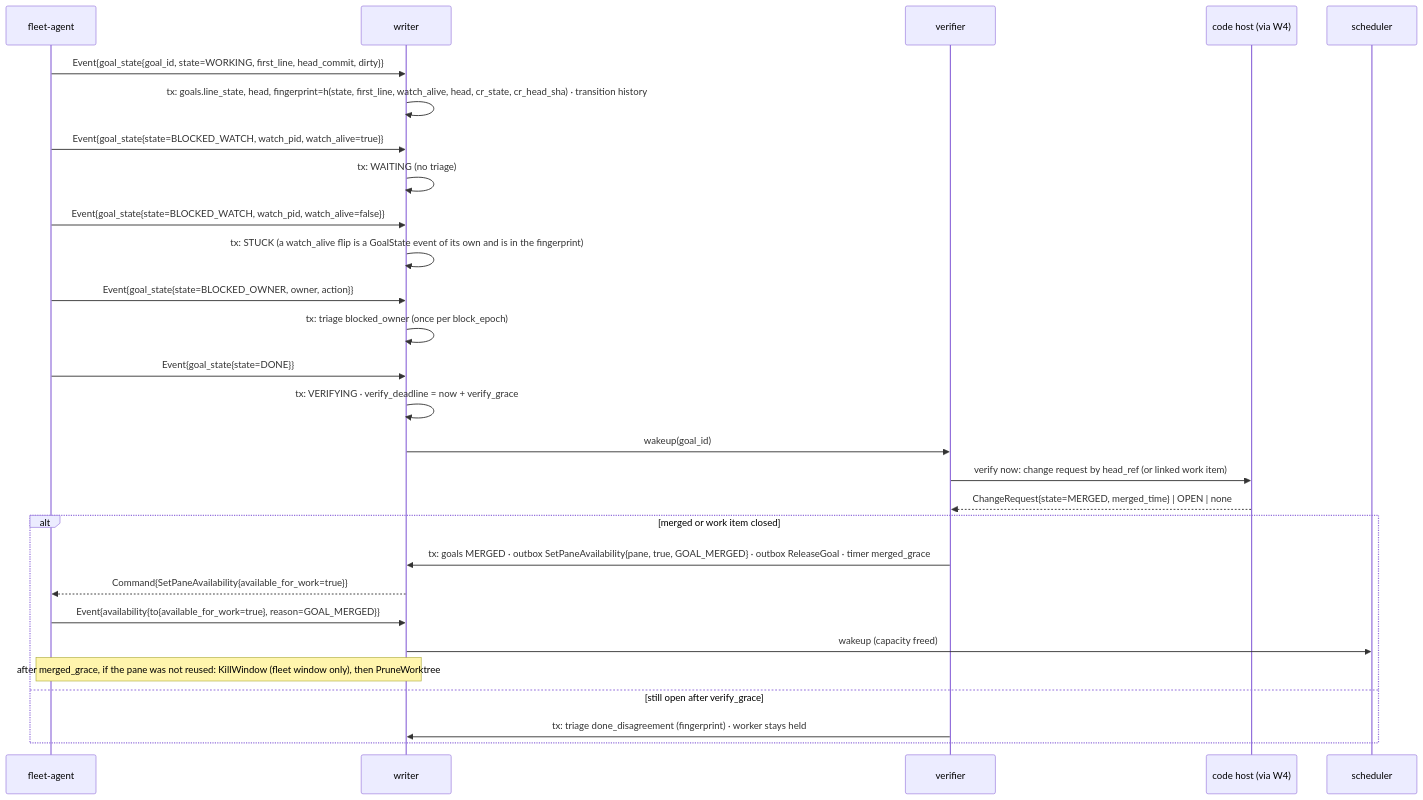
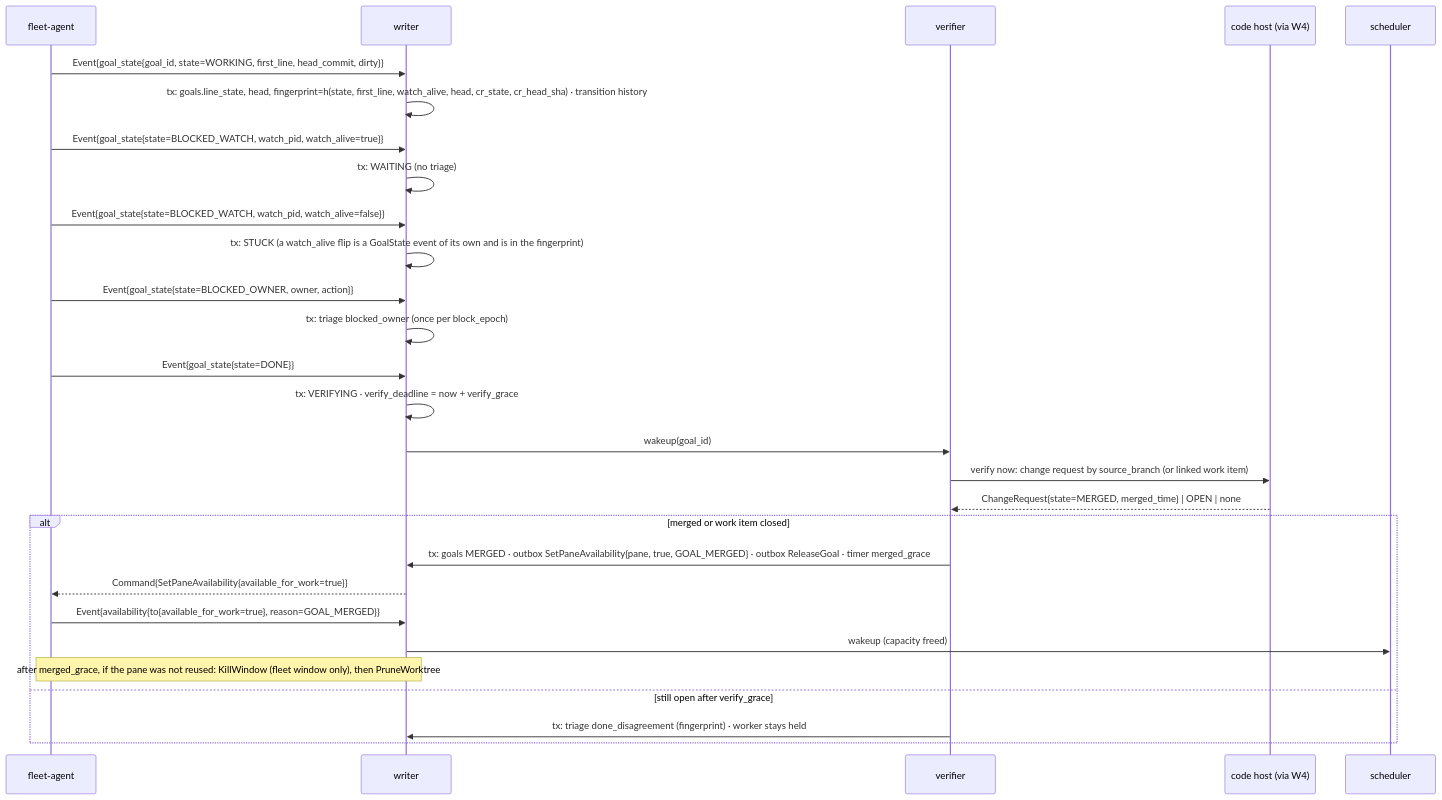
One commit to linuxdynasty/fleet-board changed the third of 4 diagrams in docs/specs/03c-goals.md. Above: the diagram before and after it, drawn with Mermaid. The commit also changed other lines of this file and 3 other files, not shown here.

````diff
--- a/docs/specs/03c-goals.md
+++ b/docs/specs/03c-goals.md
@@ -245,30 +246,30 @@
 ```mermaid
 sequenceDiagram
   participant A as fleet-agent
   participant W as writer
   participant V as verifier
   participant C as code host (via W4)
   participant S as scheduler
   A->>W: Event{goal_state{goal_id, state=WORKING, first_line, head_commit, dirty}}
   W->>W: tx: goals.line_state, head, fingerprint=h(state, first_line, watch_alive, head, cr_state, cr_head_sha) · transition history
   A->>W: Event{goal_state{state=BLOCKED_WATCH, watch_pid, watch_alive=true}}
   W->>W: tx: WAITING (no triage)
   A->>W: Event{goal_state{state=BLOCKED_WATCH, watch_pid, watch_alive=false}}
   W->>W: tx: STUCK (a watch_alive flip is a GoalState event of its own and is in the fingerprint)
   A->>W: Event{goal_state{state=BLOCKED_OWNER, owner, action}}
   W->>W: tx: triage blocked_owner (once per block_epoch)
   A->>W: Event{goal_state{state=DONE}}
   W->>W: tx: VERIFYING · verify_deadline = now + verify_grace
   W->>V: wakeup(goal_id)
-  V->>C: verify now: change request by head_ref (or linked work item)
+  V->>C: verify now: change request by source_branch (or linked work item)
   C-->>V: ChangeRequest{state=MERGED, merged_time} | OPEN | none
   alt merged or work item closed
     V->>W: tx: goals MERGED · outbox SetPaneAvailability{pane, true, GOAL_MERGED} · outbox ReleaseGoal · timer merged_grace
     W-->>A: Command{SetPaneAvailability{available_for_work=true}}
     A->>W: Event{availability{to{available_for_work=true}, reason=GOAL_MERGED}}
     W->>S: wakeup (capacity freed)
     Note over W,A: after merged_grace, if the pane was not reused: KillWindow (fleet window only), then PruneWorktree
   else still open after verify_grace
     V->>W: tx: triage done_disagreement (fingerprint) · worker stays held
   end
 ```
````
